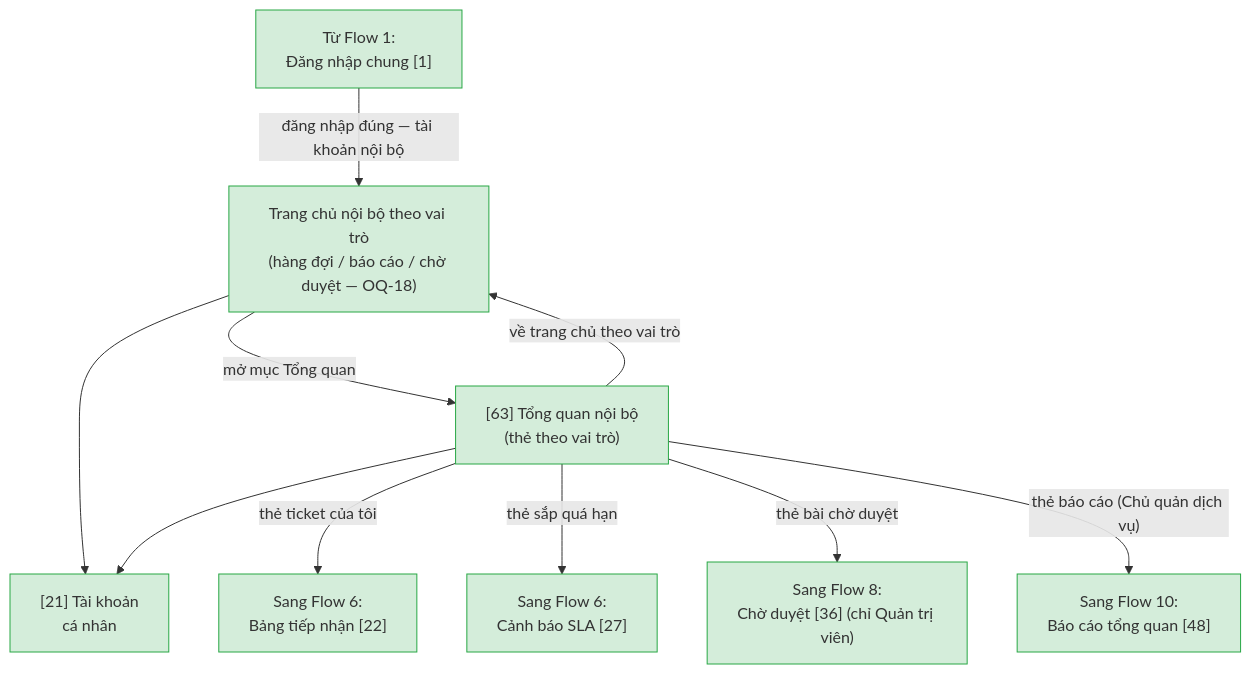
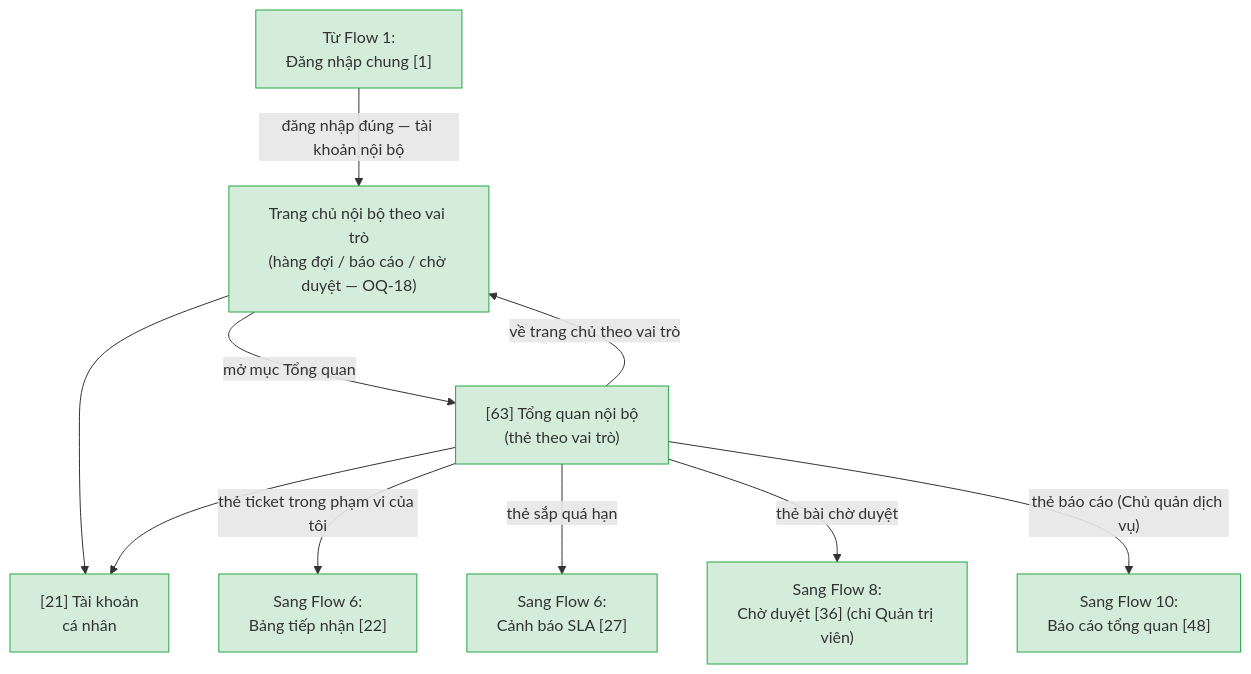
Before and after one commit to mynguyencnttpx-alt/workspace-vnpt-ioffice: the fifth of 12 diagrams in docs/ho-tro-cskh/srs/ho-tro-cskh-userflow.md, drawn with Mermaid. The commit also changed other lines of this file and 10 other files, not shown here.

First line of the commit message:
Đồng bộ wireframe ASCII, userflow và ERD theo mô hình hỗ trợ v1.1/v1.2

````diff
--- a/docs/ho-tro-cskh/srs/ho-tro-cskh-userflow.md
+++ b/docs/ho-tro-cskh/srs/ho-tro-cskh-userflow.md
@@ -186,28 +197,28 @@
 ```mermaid
 flowchart TD
     f5login["Từ Flow 1:<br/>Đăng nhập chung [1]"]
     f5home["Trang chủ nội bộ theo vai trò<br/>(hàng đợi / báo cáo / chờ duyệt — OQ-18)"]
     f5n2["[21] Tài khoản<br/>cá nhân"]
     f5n3["[63] Tổng quan nội bộ<br/>(thẻ theo vai trò)"]
     f5q["Sang Flow 6:<br/>Bảng tiếp nhận [22]"]
     f5sla["Sang Flow 6:<br/>Cảnh báo SLA [27]"]
     f5kb["Sang Flow 8:<br/>Chờ duyệt [36] (chỉ Quản trị viên)"]
     f5rep["Sang Flow 10:<br/>Báo cáo tổng quan [48]"]
 
     f5login -->|"đăng nhập đúng — tài khoản nội bộ"| f5home
     f5home --> f5n2
     f5home -->|"mở mục Tổng quan"| f5n3
     f5n3 --> f5n2
     f5n3 -->|"về trang chủ theo vai trò"| f5home
-    f5n3 -->|"thẻ ticket của tôi"| f5q
+    f5n3 -->|"thẻ ticket trong phạm vi của tôi"| f5q
     f5n3 -->|"thẻ sắp quá hạn"| f5sla
     f5n3 -->|"thẻ bài chờ duyệt"| f5kb
     f5n3 -->|"thẻ báo cáo (Chủ quản dịch vụ)"| f5rep
 
     classDef happy fill:#d4edda,stroke:#28a745
     classDef error fill:#f8d7da,stroke:#dc3545
     classDef edge fill:#fff3cd,stroke:#ffc107
 
     class f5login,f5home,f5n2,f5n3 happy
     class f5q,f5sla,f5kb,f5rep happy
 ```
````
